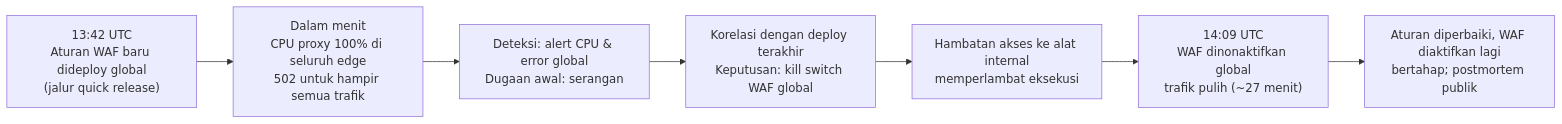
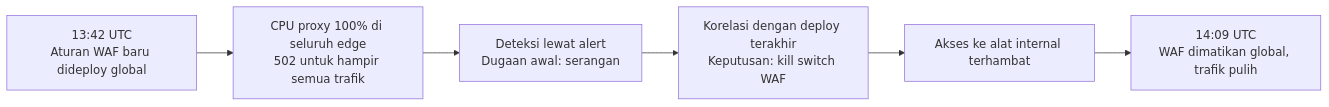
One commit to andreanpradanaa/sysdesign-lab changed the diagram in src/content/lessons/bagian-4/cloudflare.mdx. Above: the diagram before and after it, drawn with Mermaid. The commit also changed other lines of this file and 22 other files, not shown here.

````diff
--- a/src/content/lessons/bagian-4/cloudflare.mdx
+++ b/src/content/lessons/bagian-4/cloudflare.mdx
@@ -93,9 +103,8 @@
 ```mermaid
 flowchart LR
-  A["13:42 UTC\nAturan WAF baru dideploy global\n(jalur quick release)"] --> B["Dalam menit\nCPU proxy 100% di seluruh edge\n502 untuk hampir semua trafik"]
-  B --> C["Deteksi: alert CPU & error global\nDugaan awal: serangan"]
-  C --> D["Korelasi dengan deploy terakhir\nKeputusan: kill switch WAF global"]
-  D --> E["Hambatan akses ke alat internal\nmemperlambat eksekusi"]
-  E --> F["14:09 UTC\nWAF dinonaktifkan global\ntrafik pulih (~27 menit)"]
-  F --> G["Aturan diperbaiki, WAF diaktifkan lagi\nbertahap; postmortem publik"]
+  A["13:42 UTC\nAturan WAF baru dideploy global"] --> B["CPU proxy 100% di seluruh edge\n502 untuk hampir semua trafik"]
+  B --> C["Deteksi lewat alert\nDugaan awal: serangan"]
+  C --> D["Korelasi dengan deploy terakhir\nKeputusan: kill switch WAF"]
+  D --> E["Akses ke alat internal terhambat"]
+  E --> F["14:09 UTC\nWAF dimatikan global, trafik pulih"]
 ```
````
